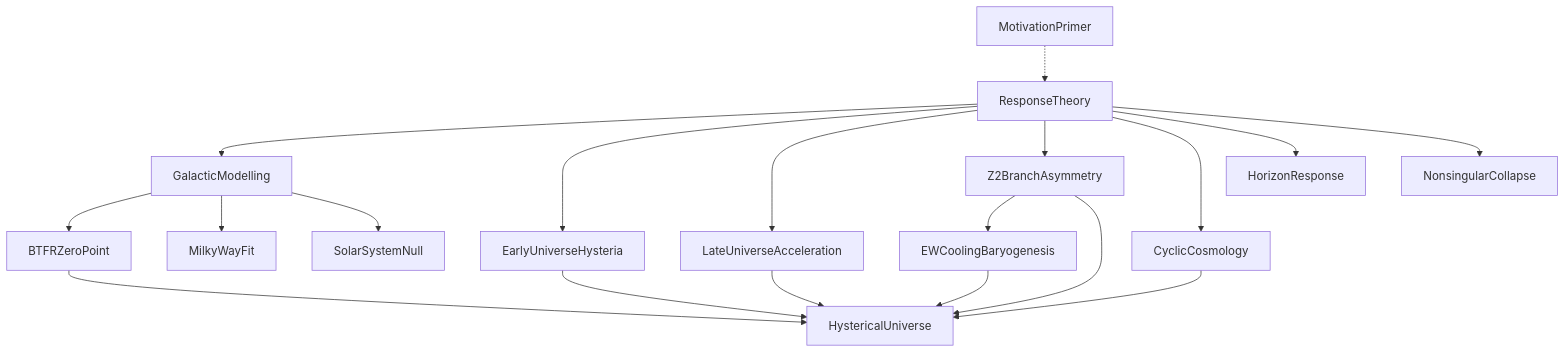
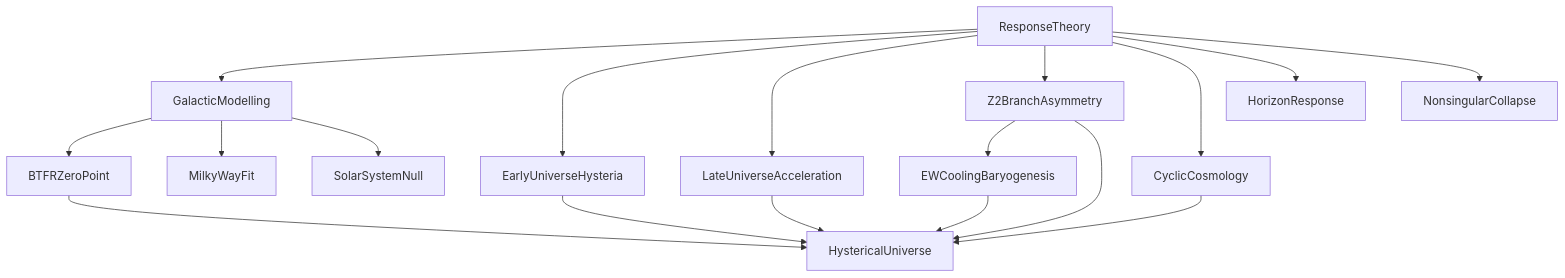
Before and after one commit to AndrewBoydMathematics/Hysterical-Response: the diagram in README.md, drawn with Mermaid. The commit also changed other lines of this file, not shown here.

Commit message:
Drop the motivation primer from the series README list and graph.

````diff
--- a/README.md
+++ b/README.md
@@ -53,35 +52,33 @@
 ```mermaid
 flowchart TD
-  Primer[MotivationPrimer]
   Response[ResponseTheory]
   Galactic[GalacticModelling]
   BTFR[BTFRZeroPoint]
   MW[MilkyWayFit]
   Solar[SolarSystemNull]
   Early[EarlyUniverseHysteria]
   Late[LateUniverseAcceleration]
   Branch[Z2BranchAsymmetry]
   CCC[CyclicCosmology]
   Horizon[HorizonResponse]
   Collapse[NonsingularCollapse]
   Cooling[EWCoolingBaryogenesis]
   Universe[HystericalUniverse]
-  Primer -.-> Response
   Response --> Galactic
   Galactic --> BTFR
   Galactic --> MW
   Galactic --> Solar
   Response --> Early
   Response --> Late
   Response --> Branch
   Response --> CCC
   Response --> Horizon
   Response --> Collapse
   Branch --> Cooling
   Early --> Universe
   Late --> Universe
   Branch --> Universe
   Cooling --> Universe
   CCC --> Universe
   BTFR --> Universe
 ```
````
